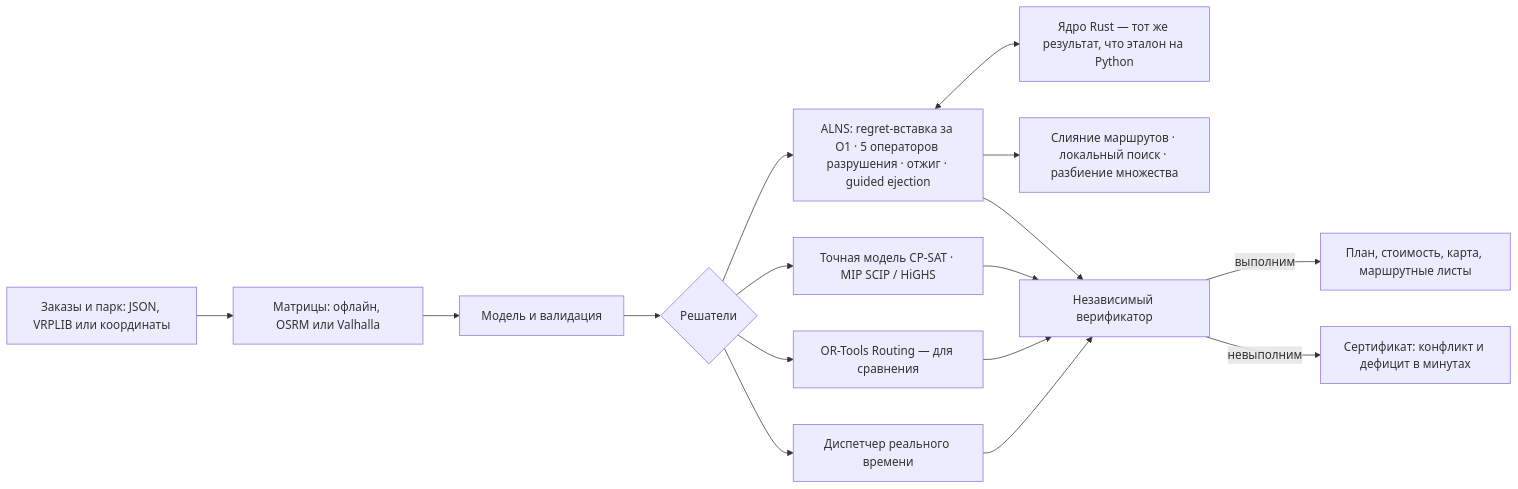
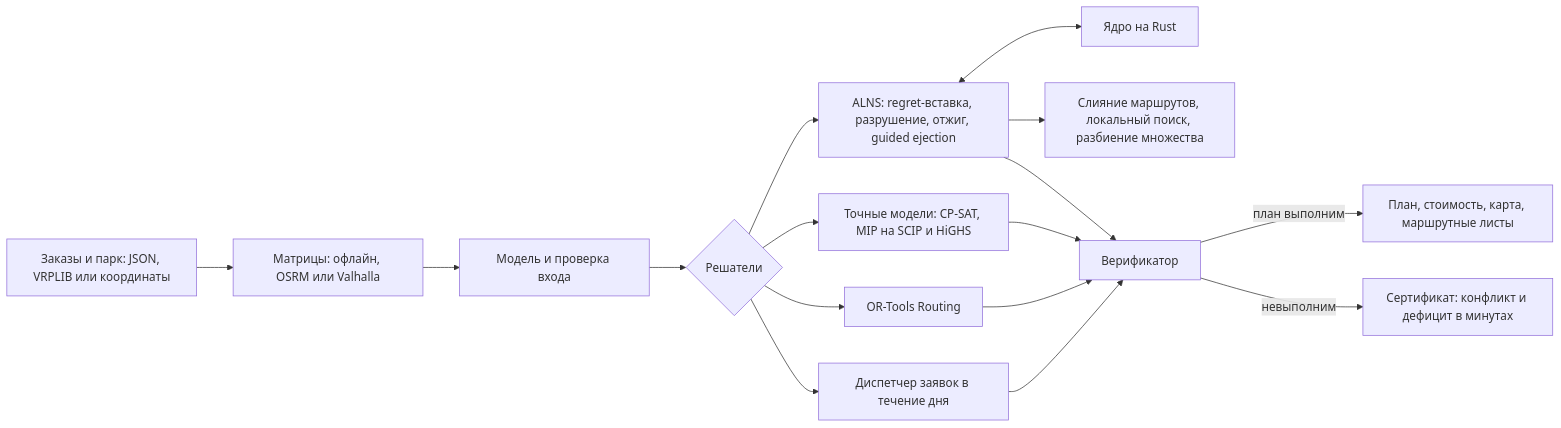
The diagram in README.md (KonkovDV/SynAPS-MobiRoute), drawn with Mermaid before and after one commit. The commit also changed other lines of this file and 15 other files, not shown here.

````diff
--- a/README.md
+++ b/README.md
@@ -111,18 +129,18 @@
 ```mermaid
 flowchart LR
   A[Заказы и парк: JSON, VRPLIB или координаты] --> G[Матрицы: офлайн, OSRM или Valhalla]
-  G --> B[Модель и валидация]
+  G --> B[Модель и проверка входа]
   B --> C{Решатели}
-  C --> D[ALNS: regret-вставка за O1 · 5 операторов разрушения · отжиг · guided ejection]
-  D <--> K[Ядро Rust — тот же результат, что эталон на Python]
-  D --> M[Слияние маршрутов · локальный поиск · разбиение множества]
-  C --> E[Точная модель CP-SAT · MIP SCIP / HiGHS]
-  C --> O[OR-Tools Routing — для сравнения]
-  C --> R[Диспетчер реального времени]
-  D --> V[Независимый верификатор]
+  C --> D[ALNS: regret-вставка, разрушение, отжиг, guided ejection]
+  D <--> K[Ядро на Rust]
+  D --> M[Слияние маршрутов, локальный поиск, разбиение множества]
+  C --> E[Точные модели: CP-SAT, MIP на SCIP и HiGHS]
+  C --> O[OR-Tools Routing]
+  C --> R[Диспетчер заявок в течение дня]
+  D --> V[Верификатор]
   E --> V
   O --> V
   R --> V
-  V -->|выполним| P[План, стоимость, карта, маршрутные листы]
+  V -->|план выполним| P[План, стоимость, карта, маршрутные листы]
   V -->|невыполним| H[Сертификат: конфликт и дефицит в минутах]
 ```
````
